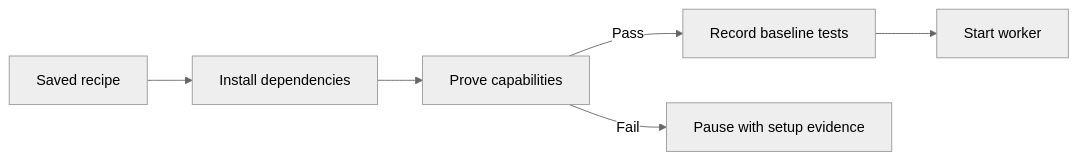
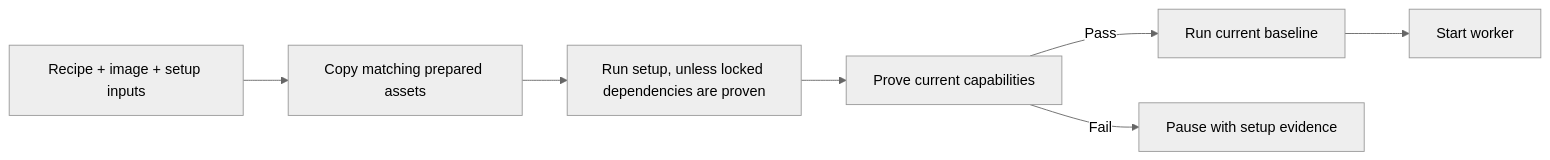
Before and after one commit to minimumeffort-dev/sprowt.harness: the diagram in docs/environments.md, drawn with Mermaid (neutral theme). The commit also changed other lines of this file and 12 other files, not shown here.

Commit message:
Reuse verified project assets in private worker environments

````diff
--- a/docs/environments.md
+++ b/docs/environments.md
@@ -7,6 +7,8 @@
 ```mermaid
 flowchart LR
-    recipe["Saved recipe"] --> setup["Install dependencies"] --> probes["Prove capabilities"]
-    probes -->|"Pass"| baseline["Record baseline tests"] --> worker["Start worker"]
+    recipe["Recipe + image + setup inputs"] --> copy["Copy matching prepared assets"]
+    copy --> setup["Run setup, unless locked dependencies are proven"]
+    setup --> probes["Prove current capabilities"]
+    probes -->|"Pass"| baseline["Run current baseline"] --> worker["Start worker"]
     probes -->|"Fail"| pause["Pause with setup evidence"]
 ```
````
